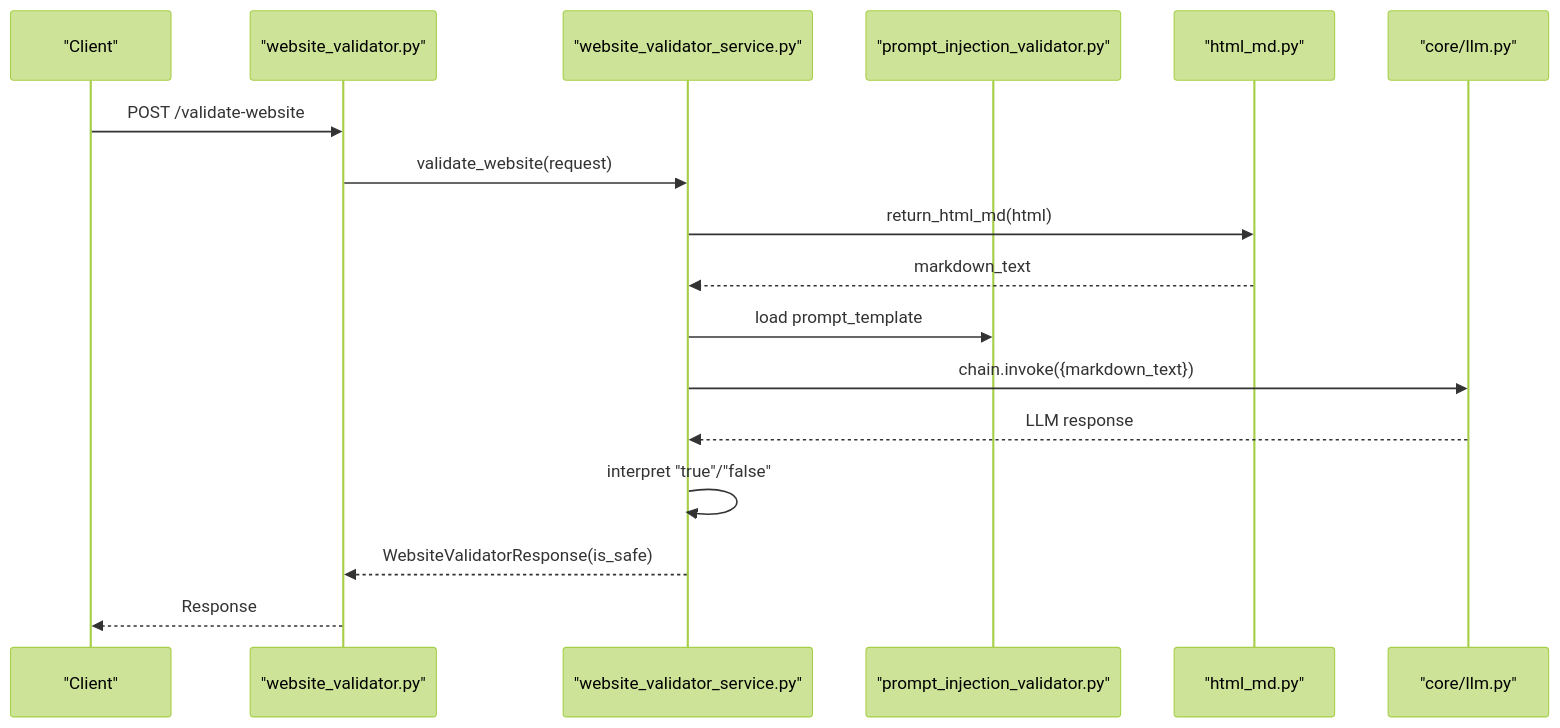
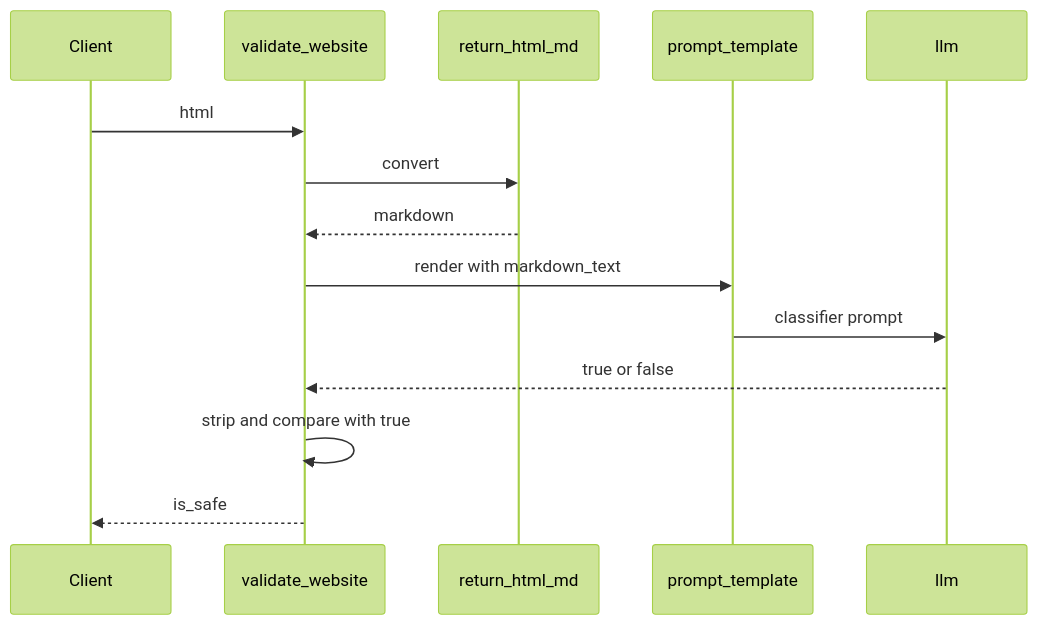
The second of 7 diagrams in src/data/docs/agentic-browser/Prompts and Prompt Engineering/Prompt Security and Validation.md (tashifkhan/tashif.codes), drawn with Mermaid (forest theme) before and after one commit. The commit also changed other lines of this file and 114 other files, not shown here.

````diff
--- a/src/data/docs/agentic-browser/Prompts and Prompt Engineering/Prompt Security and Validation.md
+++ b/src/data/docs/agentic-browser/Prompts and Prompt Engineering/Prompt Security and Validation.md
@@ -68,19 +55,16 @@
 ```mermaid
 sequenceDiagram
-participant Client as "Client"
-participant Router as "website_validator.py"
-participant Service as "website_validator_service.py"
-participant Prompt as "prompt_injection_validator.py"
-participant HTML2MD as "html_md.py"
-participant LLM as "core/llm.py"
-Client->>Router : POST /validate-website
-Router->>Service : validate_website(request)
-Service->>HTML2MD : return_html_md(html)
-HTML2MD-->>Service : markdown_text
-Service->>Prompt : load prompt_template
-Service->>LLM : chain.invoke({markdown_text})
-LLM-->>Service : LLM response
-Service->>Service : interpret "true"/"false"
-Service-->>Router : WebsiteValidatorResponse(is_safe)
-Router-->>Client : Response
+  participant C as Client
+  participant V as validate_website
+  participant H as return_html_md
+  participant P as prompt_template
+  participant L as llm
+  C->>V: html
+  V->>H: convert
+  H-->>V: markdown
+  V->>P: render with markdown_text
+  P->>L: classifier prompt
+  L-->>V: true or false
+  V->>V: strip and compare with true
+  V-->>C: is_safe
 ```
````
